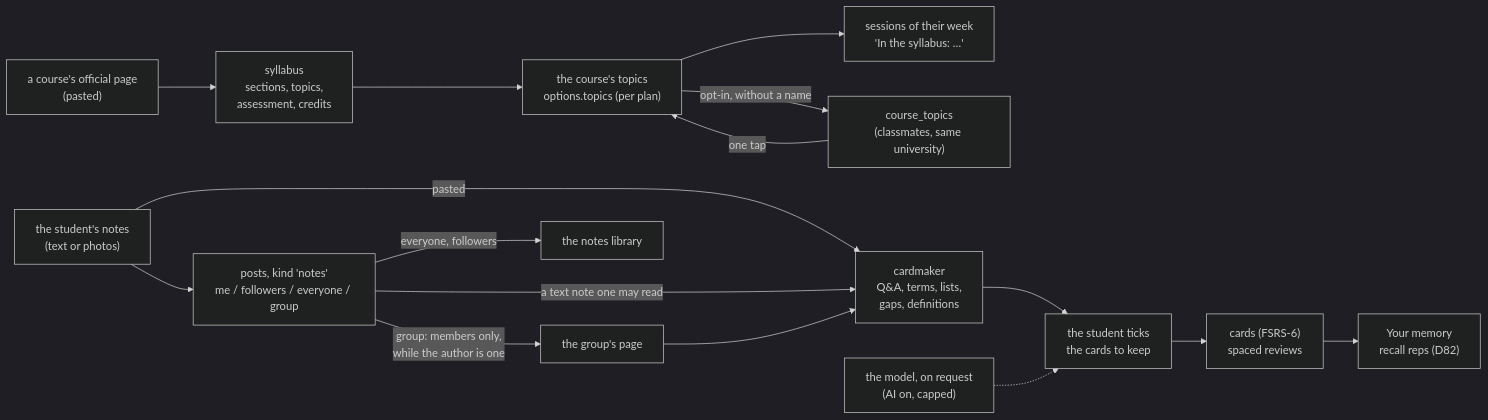
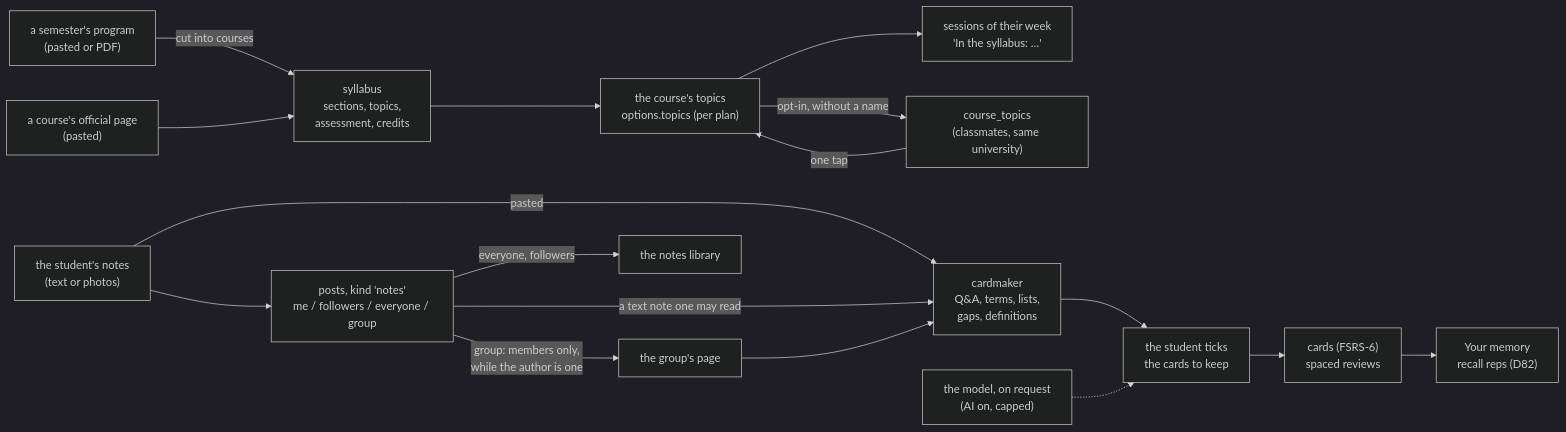
Before and after one commit to emanuelefrancescorestivo/Constrained-Path-Scheduler: the diagram in docs/STUDY-CONTENT.md, drawn with Mermaid (dark theme). The commit also changed other lines of this file and 30 other files, not shown here.

````diff
--- a/docs/STUDY-CONTENT.md
+++ b/docs/STUDY-CONTENT.md
@@ -10,19 +11,20 @@
 ```mermaid
 flowchart LR
+    PROG["a semester's program<br/>(pasted or PDF)"] -- "cut into courses" --> SYL
     PAGE["a course's official page<br/>(pasted)"] --> SYL["syllabus<br/>sections, topics,<br/>assessment, credits"]
     SYL --> TOPICS["the course's topics<br/>options.topics (per plan)"]
     TOPICS --> SESS["sessions of their week<br/>'In the syllabus: …'"]
     TOPICS -- "opt-in, without a name" --> SHARED["course_topics<br/>(classmates, same university)"]
     SHARED -- "one tap" --> TOPICS
 
     NOTES["the student's notes<br/>(text or photos)"] --> POSTS["posts, kind 'notes'<br/>me / followers / everyone / group"]
     POSTS -- "group: members only,<br/>while the author is one" --> GROUP["the group's page"]
     POSTS -- "everyone, followers" --> LIB["the notes library"]
     NOTES -- "pasted" --> MAKER["cardmaker<br/>Q&A, terms, lists,<br/>gaps, definitions"]
     POSTS -- "a text note one may read" --> MAKER
     GROUP --> MAKER
     MAKER --> PICK["the student ticks<br/>the cards to keep"]
     AI["the model, on request<br/>(AI on, capped)"] -.-> PICK
     PICK --> CARDS["cards (FSRS-6)<br/>spaced reviews"]
     CARDS --> MEM["Your memory<br/>recall reps (D82)"]
 ```
````
